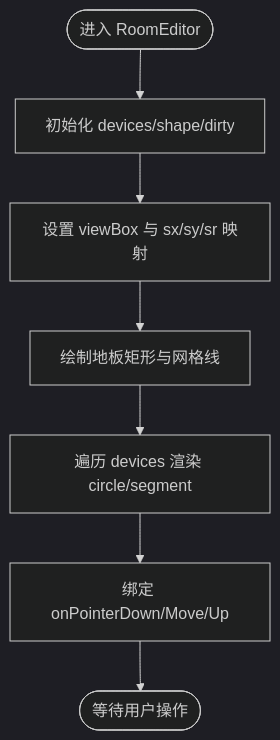
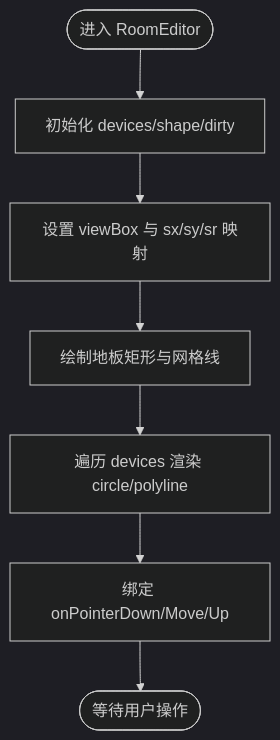
The third of 10 diagrams in .qoder/repowiki/zh/content/Web控制台/布局编辑器.md (zh79325/opple-cloud-adapter), drawn with Mermaid (dark theme) before and after one commit. The commit also changed other lines of this file and 28 other files, not shown here.

````diff
--- a/.qoder/repowiki/zh/content/Web控制台/布局编辑器.md
+++ b/.qoder/repowiki/zh/content/Web控制台/布局编辑器.md
@@ -115,9 +123,9 @@
 ```mermaid
 flowchart TD
 Start(["进入 RoomEditor"]) --> Init["初始化 devices/shape/dirty"]
 Init --> Canvas["设置 viewBox 与 sx/sy/sr 映射"]
 Canvas --> Grid["绘制地板矩形与网格线"]
-Grid --> Devices["遍历 devices 渲染 circle/segment"]
+Grid --> Devices["遍历 devices 渲染 circle/polyline"]
 Devices --> Events["绑定 onPointerDown/Move/Up"]
 Events --> End(["等待用户操作"])
 ```
````
